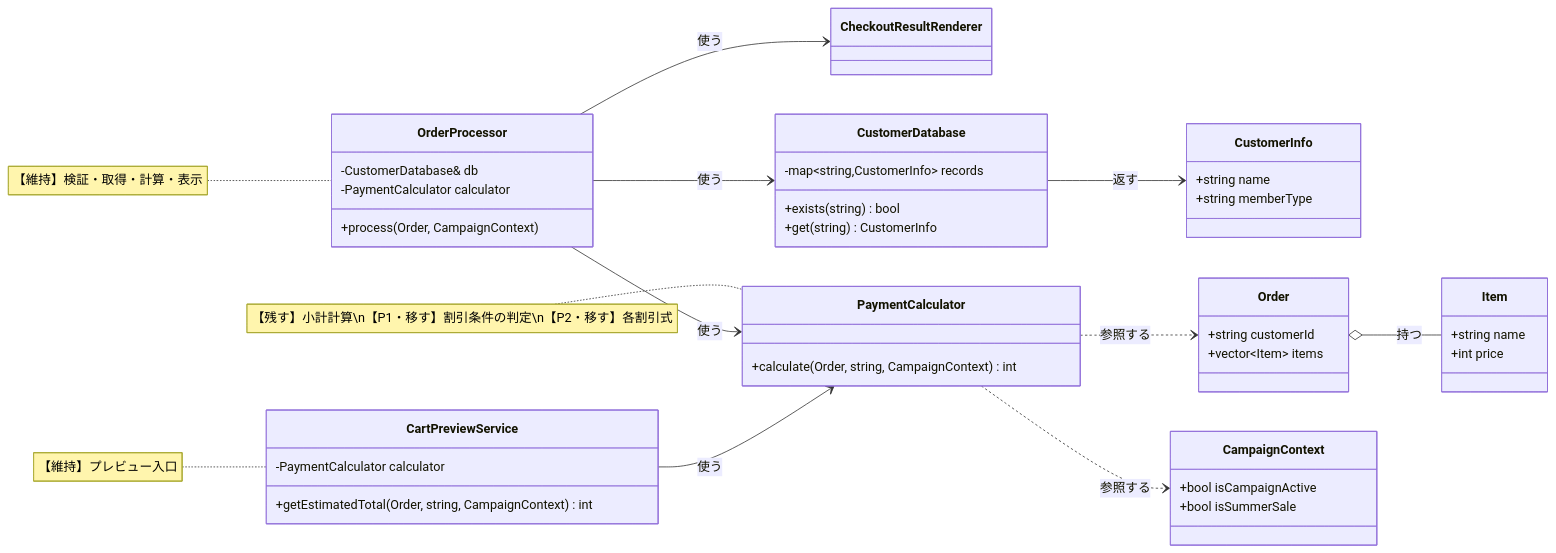
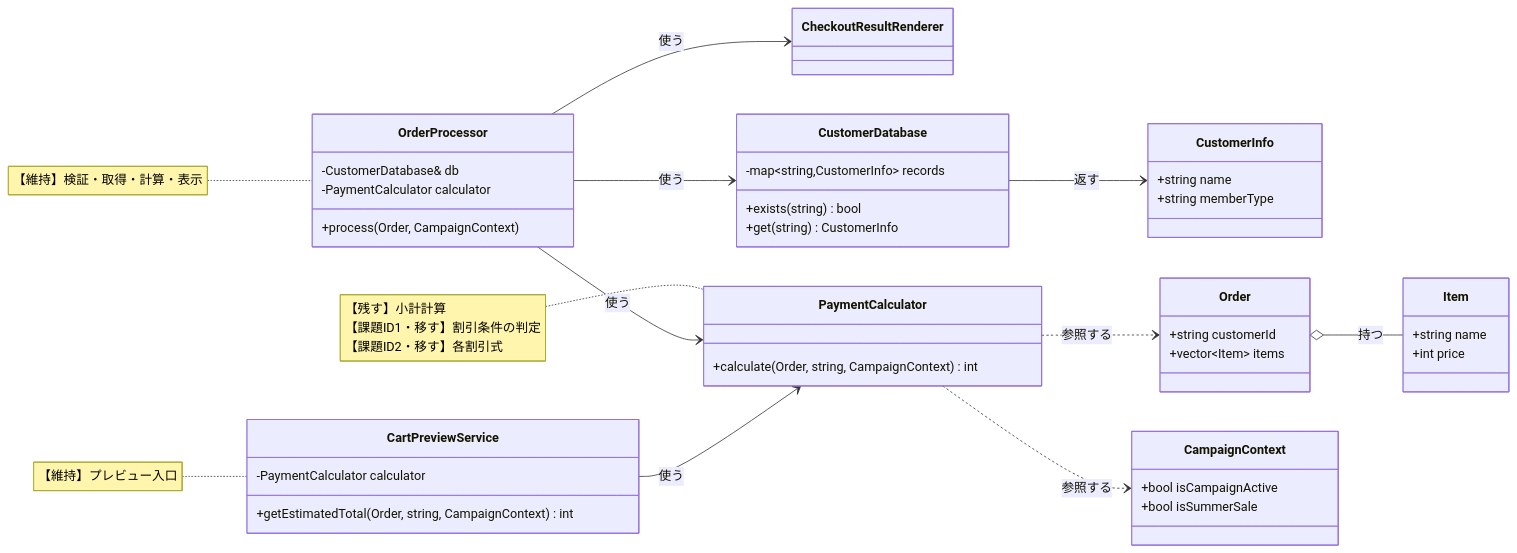
The ninth of 15 diagrams in kindle/design-patterns/output/chapter01.md (kumachan1101-pixel/DesignPattern), drawn with Mermaid before and after one commit. The commit also changed other lines of this file and 43 other files, not shown here.

````diff
--- a/kindle/design-patterns/output/chapter01.md
+++ b/kindle/design-patterns/output/chapter01.md
@@ -1208,54 +1268,54 @@
 ```mermaid
 classDiagram
     direction LR
     class CheckoutResultRenderer
     class CustomerDatabase {
         -map~string,CustomerInfo~ records
         +exists(string) bool
         +get(string) CustomerInfo
     }
     class CustomerInfo {
         +string name
         +string memberType
     }
     class OrderProcessor {
         -CustomerDatabase& db
         -PaymentCalculator calculator
         +process(Order, CampaignContext)
     }
     class PaymentCalculator {
         +calculate(Order, string, CampaignContext) int
     }
     class CartPreviewService {
         -PaymentCalculator calculator
         +getEstimatedTotal(Order, string, CampaignContext) int
     }
     class Order {
         +string customerId
         +vector~Item~ items
     }
     class Item {
         +string name
         +int price
     }
     class CampaignContext {
         +bool isCampaignActive
         +bool isSummerSale
     }
 
     OrderProcessor --> CustomerDatabase : 使う
     OrderProcessor --> PaymentCalculator : 使う
     OrderProcessor --> CheckoutResultRenderer : 使う
     CustomerDatabase --> CustomerInfo : 返す
     CartPreviewService --> PaymentCalculator : 使う
     PaymentCalculator ..> Order : 参照する
     PaymentCalculator ..> CampaignContext : 参照する
     Order o-- Item : 持つ
 
-    note for PaymentCalculator "【残す】小計計算\n【P1・移す】割引条件の判定\n【P2・移す】各割引式"
+    note for PaymentCalculator "【残す】小計計算<br/>【課題ID1・移す】割引条件の判定<br/>【課題ID2・移す】各割引式"
     note for OrderProcessor "【維持】検証・取得・計算・表示"
     note for CartPreviewService "【維持】プレビュー入口"
 
     classDef focus fill:#FFF2CC,stroke:#D6B656,stroke-width:2px,color:#222222
     cssClass "PaymentCalculator" focus
 ```
````
